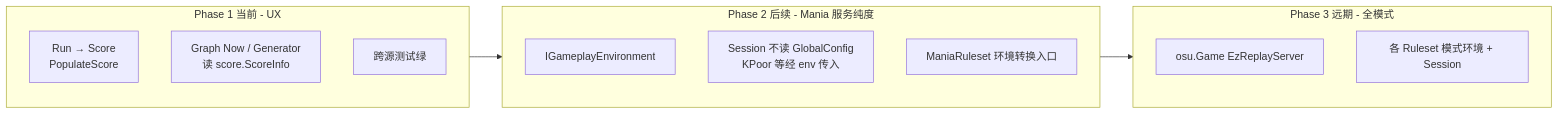
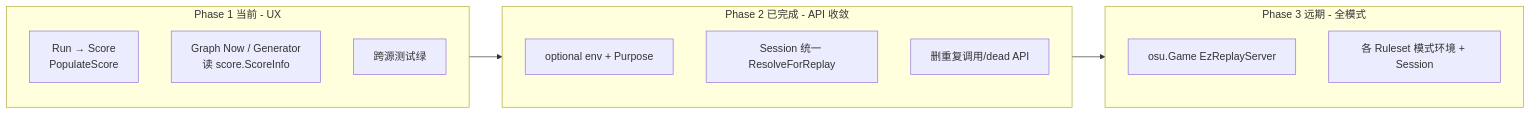
The second of 2 diagrams in osu.Game.Rulesets.Mania/EzMania/ReplayJudge/REPLAY_JUDGE_MERGE.md (zzzzv/osu), drawn with Mermaid before and after one commit. The commit also changed other lines of this file and 14 other files, not shown here.

First line of the commit message:
Session API 收敛（TL-027） — optional env + Session 统一 ResolveForReplay

````diff
--- a/osu.Game.Rulesets.Mania/EzMania/ReplayJudge/REPLAY_JUDGE_MERGE.md
+++ b/osu.Game.Rulesets.Mania/EzMania/ReplayJudge/REPLAY_JUDGE_MERGE.md
@@ -180,18 +178,18 @@
 ```mermaid
 flowchart LR
   subgraph phase1 [Phase 1 当前 - UX]
     P1A["Run → Score\nPopulateScore"]
     P1B["Graph Now / Generator\n读 score.ScoreInfo"]
     P1C["跨源测试绿"]
   end
-  subgraph phase2 [Phase 2 后续 - Mania 服务纯度]
-    P2A["IGameplayEnvironment"]
-    P2B["Session 不读 GlobalConfig\nKPoor 等经 env 传入"]
-    P2C["ManiaRuleset 环境转换入口"]
+  subgraph phase2 [Phase 2 已完成 - API 收敛]
+    P2A["optional env + Purpose"]
+    P2B["Session 统一 ResolveForReplay"]
+    P2C["删重复调用/dead API"]
   end
   subgraph phase3 [Phase 3 远期 - 全模式]
     P3A["osu.Game EzReplayServer"]
     P3B["各 Ruleset 模式环境 + Session"]
   end
   phase1 --> phase2 --> phase3
 ```
````
